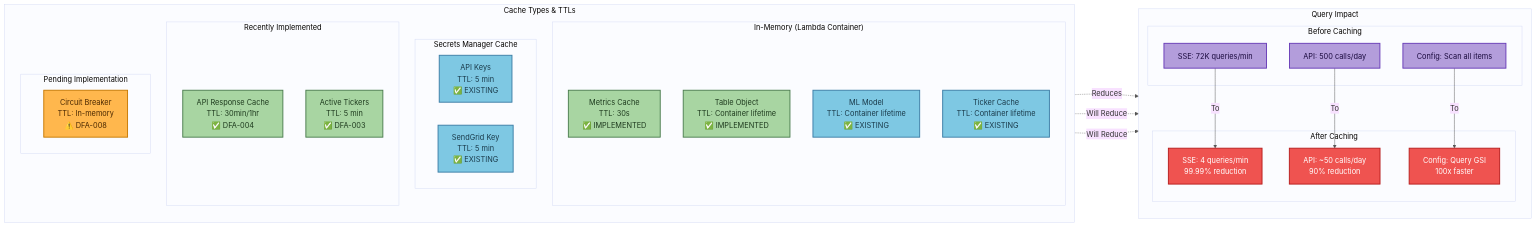
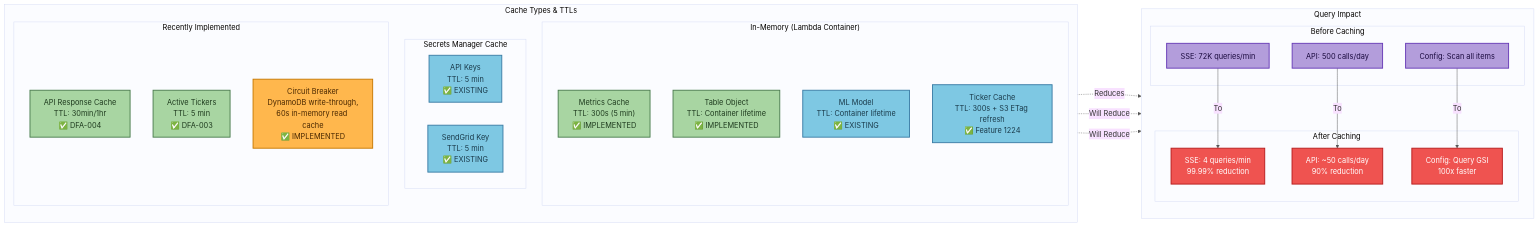
Before and after one commit to traylorre/sentiment-analyzer-gsk: the second of 4 diagrams in docs/architecture/DATA_FLOW_AUDIT.md, drawn with Mermaid. The commit also changed other lines of this file and 96 other files, not shown here.

````diff
--- a/docs/architecture/DATA_FLOW_AUDIT.md
+++ b/docs/architecture/DATA_FLOW_AUDIT.md
@@ -128,64 +128,61 @@
 ```mermaid
 %%{init: {'theme':'base', 'themeVariables': {'primaryColor':'#fff8e1', 'primaryTextColor':'#333', 'primaryBorderColor':'#c9a227', 'lineColor':'#555'}}}%%
 flowchart LR
     subgraph CacheTypes["Cache Types & TTLs"]
         direction TB
 
         subgraph InMemory["In-Memory (Lambda Container)"]
-            M1["Metrics Cache<br/>TTL: 30s<br/>✅ IMPLEMENTED"]
+            M1["Metrics Cache<br/>TTL: 300s (5 min)<br/>✅ IMPLEMENTED"]
             M2["Table Object<br/>TTL: Container lifetime<br/>✅ IMPLEMENTED"]
             M3["ML Model<br/>TTL: Container lifetime<br/>✅ EXISTING"]
-            M4["Ticker Cache<br/>TTL: Container lifetime<br/>✅ EXISTING"]
+            M4["Ticker Cache<br/>TTL: 300s + S3 ETag refresh<br/>✅ Feature 1224"]
         end
 
         subgraph SecretsCache["Secrets Manager Cache"]
             S1["API Keys<br/>TTL: 5 min<br/>✅ EXISTING"]
             S2["SendGrid Key<br/>TTL: 5 min<br/>✅ EXISTING"]
         end
 
         subgraph Implemented["Recently Implemented"]
             P1["API Response Cache<br/>TTL: 30min/1hr<br/>✅ DFA-004"]
             P3["Active Tickers<br/>TTL: 5 min<br/>✅ DFA-003"]
-        end
-
-        subgraph Pending["Pending Implementation"]
-            P2["Circuit Breaker<br/>TTL: In-memory<br/>⚠️ DFA-008"]
+            P2["Circuit Breaker<br/>DynamoDB write-through,<br/>60s in-memory read cache<br/>✅ IMPLEMENTED"]
         end
     end
 
     subgraph Impact["Query Impact"]
         direction TB
 
         subgraph Before["Before Caching"]
             B1["SSE: 72K queries/min"]
             B2["API: 500 calls/day"]
             B3["Config: Scan all items"]
         end
 
         subgraph After["After Caching"]
             A1["SSE: 4 queries/min<br/>99.99% reduction"]
             A2["API: ~50 calls/day<br/>90% reduction"]
             A3["Config: Query GSI<br/>100x faster"]
         end
     end
 
     M1 -.->|"Reduces"| B1
     B1 -->|"To"| A1
     P1 -.->|"Will Reduce"| B2
     B2 -->|"To"| A2
     P3 -.->|"Will Reduce"| B3
     B3 -->|"To"| A3
 
     classDef implemented fill:#a8d5a2,stroke:#4a7c4e,stroke-width:2px,color:#1e3a1e
     classDef existing fill:#7ec8e3,stroke:#3a7ca5,stroke-width:2px,color:#1a3a4a
     classDef pending fill:#ffb74d,stroke:#c77800,stroke-width:2px,color:#4a2800
     classDef impact fill:#b39ddb,stroke:#673ab7,stroke-width:2px,color:#1a0a3e
     classDef reduction fill:#ef5350,stroke:#b71c1c,stroke-width:2px,color:#fff
 
     class M1,M2 implemented
     class M3,M4,S1,S2 existing
     class P1,P3 implemented
     class P2 pending
     class B1,B2,B3 impact
     class A1,A2,A3 reduction
 ```
````
